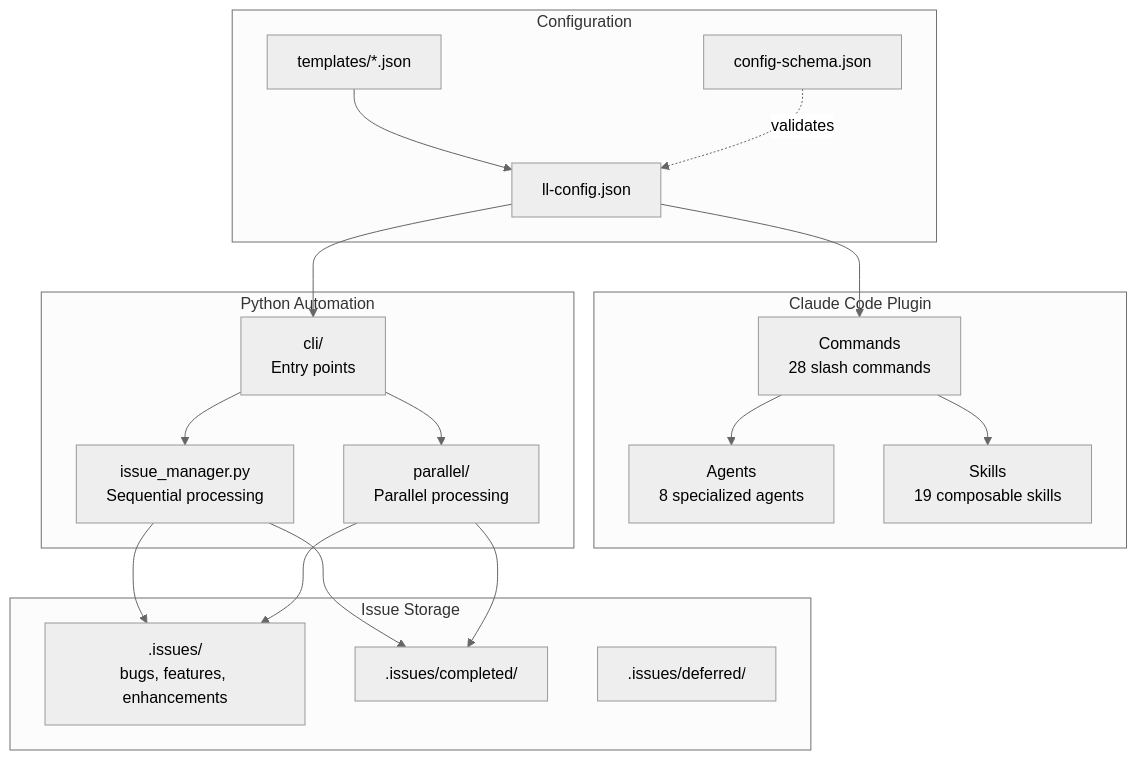
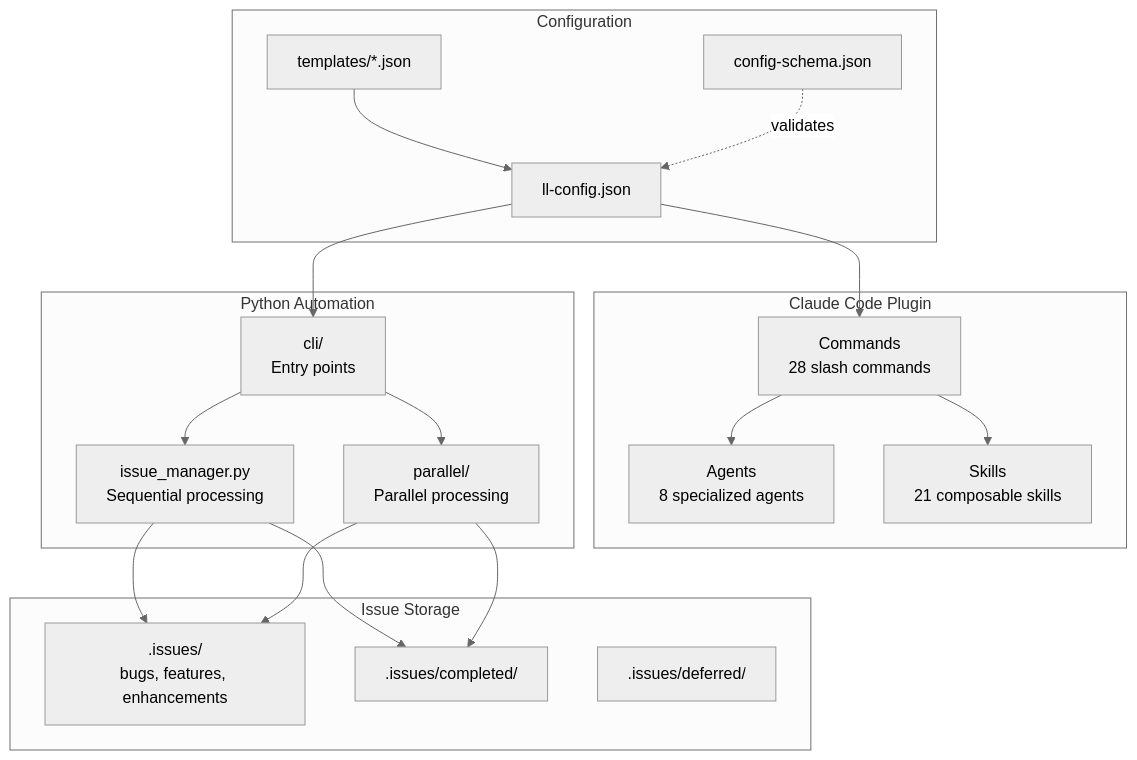
Before and after one commit to BrennonTWilliams/little-loops: the first of 13 diagrams in docs/ARCHITECTURE.md, drawn with Mermaid (neutral theme). The commit also changed other lines of this file and 2 other files, not shown here.

First line of the commit message:
docs: update skill/loop counts and directory listings for new skills

````diff
--- a/docs/ARCHITECTURE.md
+++ b/docs/ARCHITECTURE.md
@@ -21,39 +21,39 @@
 ```mermaid
 flowchart TB
     subgraph "Claude Code Plugin"
         CMD[Commands<br/>28 slash commands]
         AGT[Agents<br/>8 specialized agents]
-        SKL[Skills<br/>19 composable skills]
+        SKL[Skills<br/>21 composable skills]
     end
 
     subgraph "Configuration"
         CFG[ll-config.json]
         SCHEMA[config-schema.json]
         TPL[templates/*.json]
     end
 
     subgraph "Python Automation"
         CLI[cli/<br/>Entry points]
         AUTO[issue_manager.py<br/>Sequential processing]
         PARALLEL[parallel/<br/>Parallel processing]
     end
 
     subgraph "Issue Storage"
         ISSUES[.issues/<br/>bugs, features, enhancements]
         COMPLETED[.issues/completed/]
         DEFERRED[.issues/deferred/]
     end
 
     CFG --> CMD
     TPL --> CFG
     SCHEMA -.->|validates| CFG
     CFG --> CLI
     CMD --> AGT
     CMD --> SKL
     CLI --> AUTO
     CLI --> PARALLEL
     AUTO --> ISSUES
     PARALLEL --> ISSUES
     AUTO --> COMPLETED
     PARALLEL --> COMPLETED
 ```
````
